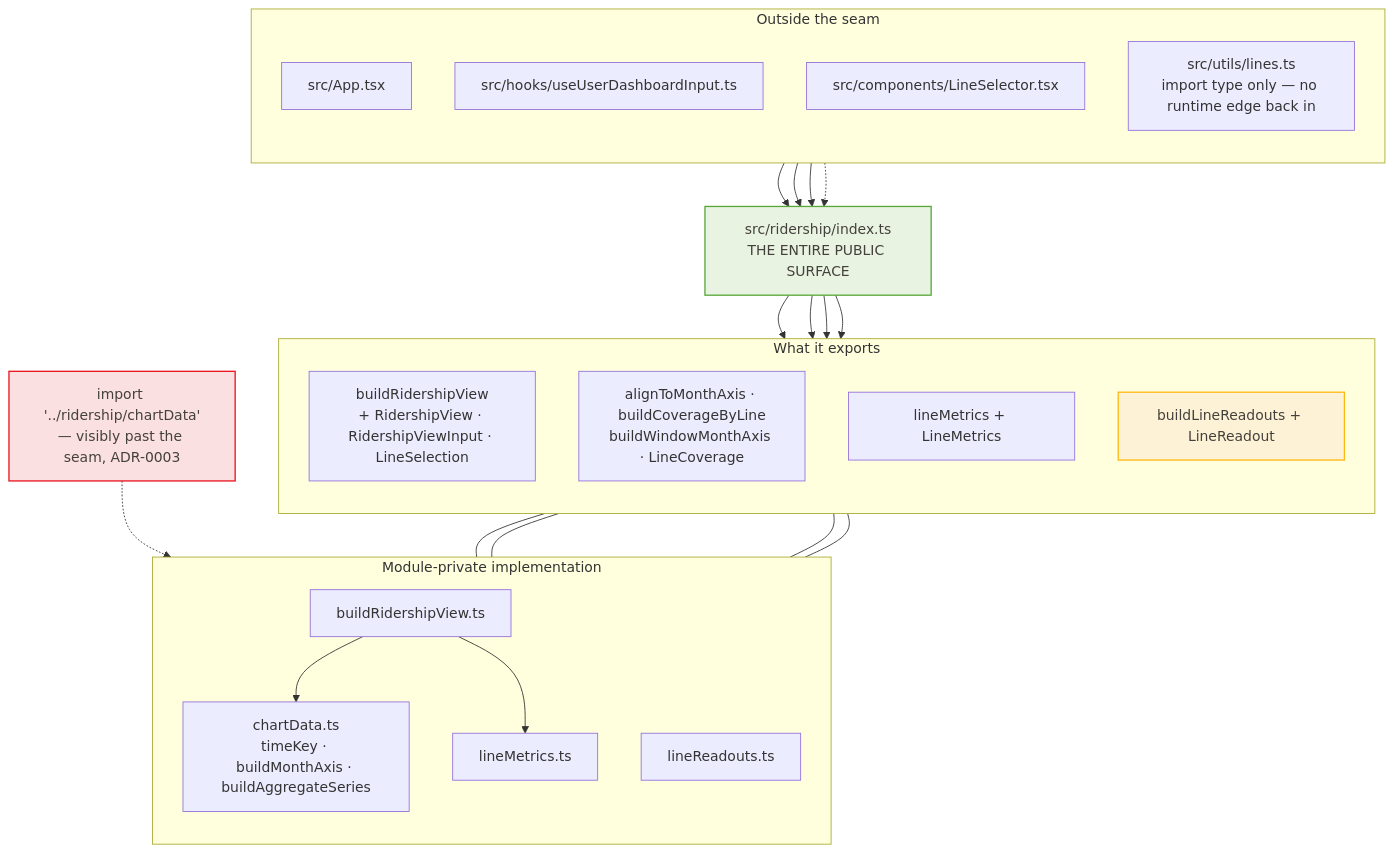
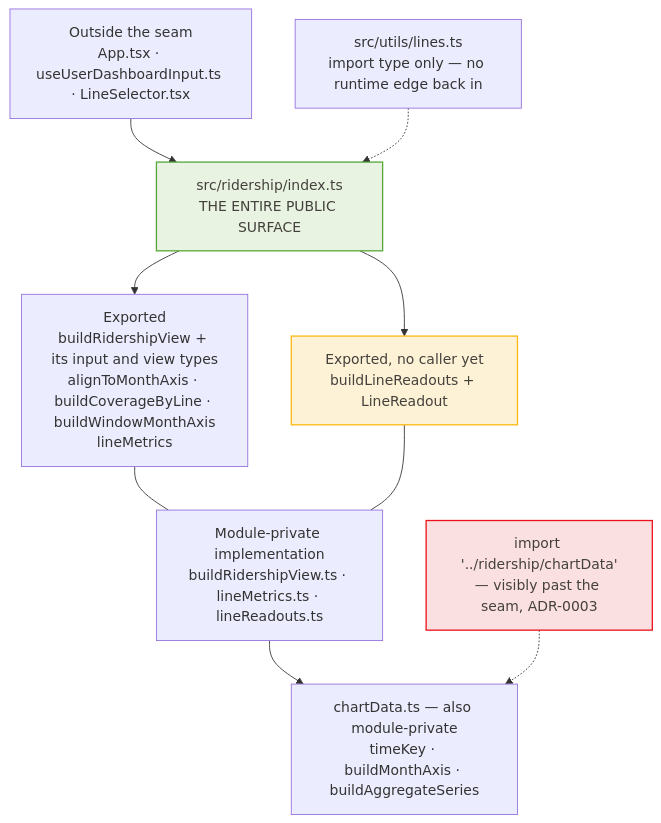
One commit to streetsforall/metro_ridership_app changed the diagram in docs/architecture/mermaid/12-ridership-module-seam.mmd. Above: the diagram before and after it, drawn with Mermaid. The commit also changed 9 other files, not shown here.

```diff
--- a/docs/architecture/mermaid/12-ridership-module-seam.mmd
+++ b/docs/architecture/mermaid/12-ridership-module-seam.mmd
@@ -1,54 +1,29 @@
 flowchart TB
-  subgraph outside["Outside the seam"]
-    direction TB
-    app["src/App.tsx"]
-    hook["src/hooks/useUserDashboardInput.ts"]
-    lineSel["src/components/LineSelector.tsx"]
-    utilsLines["src/utils/lines.ts<br/>import type only — no runtime edge back in"]
-  end
+  importers["Outside the seam<br/>App.tsx · useUserDashboardInput.ts · LineSelector.tsx"]
+  utilsLines["src/utils/lines.ts<br/>import type only — no runtime edge back in"]
 
   idx["src/ridership/index.ts<br/>THE ENTIRE PUBLIC SURFACE"]
 
-  subgraph exported["What it exports"]
-    direction TB
-    brv["buildRidershipView<br/>+ RidershipView · RidershipViewInput · LineSelection"]
-    axisExports["alignToMonthAxis · buildCoverageByLine<br/>buildWindowMonthAxis · LineCoverage"]
-    lm["lineMetrics + LineMetrics"]
-    readouts["buildLineReadouts + LineReadout"]
-  end
+  stable["Exported<br/>buildRidershipView + its input and view types<br/>alignToMonthAxis · buildCoverageByLine · buildWindowMonthAxis<br/>lineMetrics"]
+  readouts["Exported, no caller yet<br/>buildLineReadouts + LineReadout"]
 
-  subgraph private["Module-private implementation"]
-    direction TB
-    brvImpl["buildRidershipView.ts"]
-    lmImpl["lineMetrics.ts"]
-    lrImpl["lineReadouts.ts"]
-    chartData["chartData.ts<br/>timeKey · buildMonthAxis · buildAggregateSeries"]
-  end
+  impl["Module-private implementation<br/>buildRidershipView.ts · lineMetrics.ts · lineReadouts.ts"]
+  chartData["chartData.ts — also module-private<br/>timeKey · buildMonthAxis · buildAggregateSeries"]
 
   bad["import '../ridership/chartData'<br/>— visibly past the seam, ADR-0003"]
 
-  app --> idx
-  hook --> idx
-  lineSel --> idx
+  importers --> idx
   utilsLines -.-> idx
-
-  idx --> brv
-  idx --> axisExports
-  idx --> lm
+  idx --> stable
   idx --> readouts
-
-  brv --- brvImpl
-  lm --- lmImpl
-  readouts --- lrImpl
-  axisExports --- chartData
-  brvImpl --> chartData
-  brvImpl --> lmImpl
-
+  stable --- impl
+  readouts --- impl
+  impl --> chartData
   bad -.-> chartData
 
   classDef surface fill:#e8f3e2,stroke:#58a738,stroke-width:1.5px,color:#44403c
   classDef cycle fill:#fbe0e1,stroke:#eb131b,stroke-width:1.5px,color:#44403c
   classDef pending fill:#fdf2d6,stroke:#fdb913,stroke-width:1.5px,color:#44403c
   class idx surface
   class bad cycle
   class readouts pending
```
